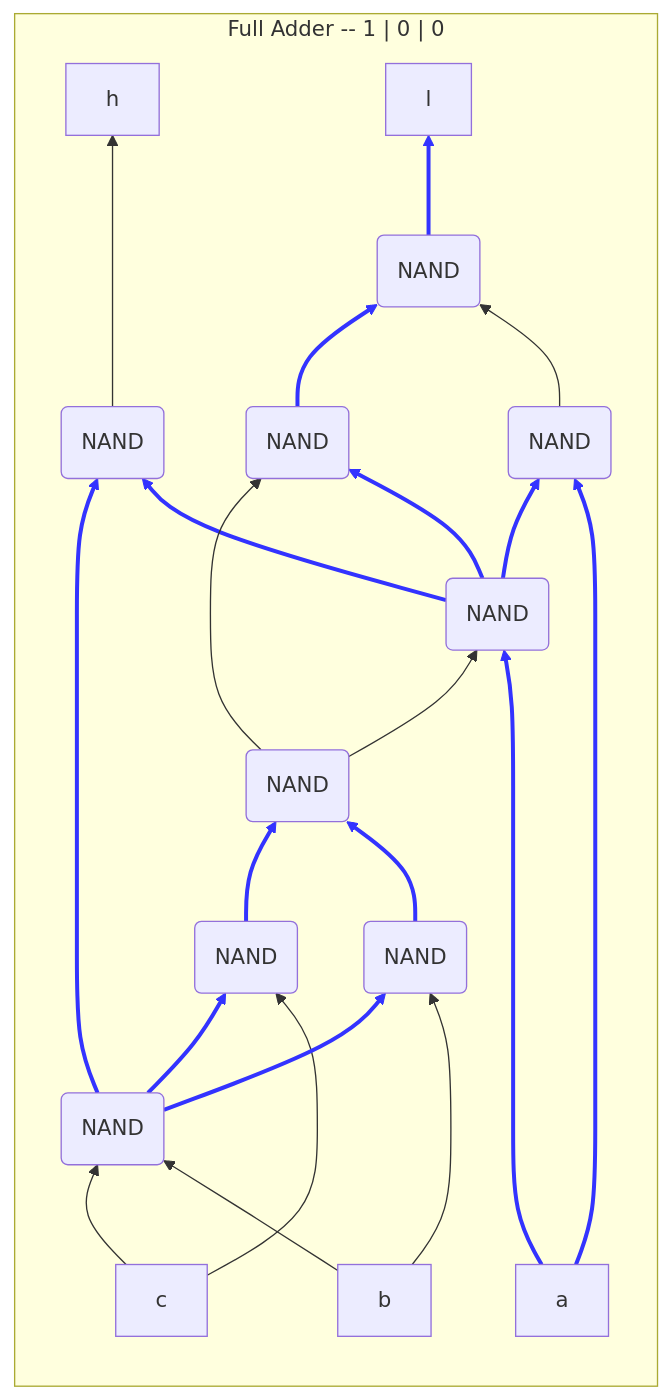
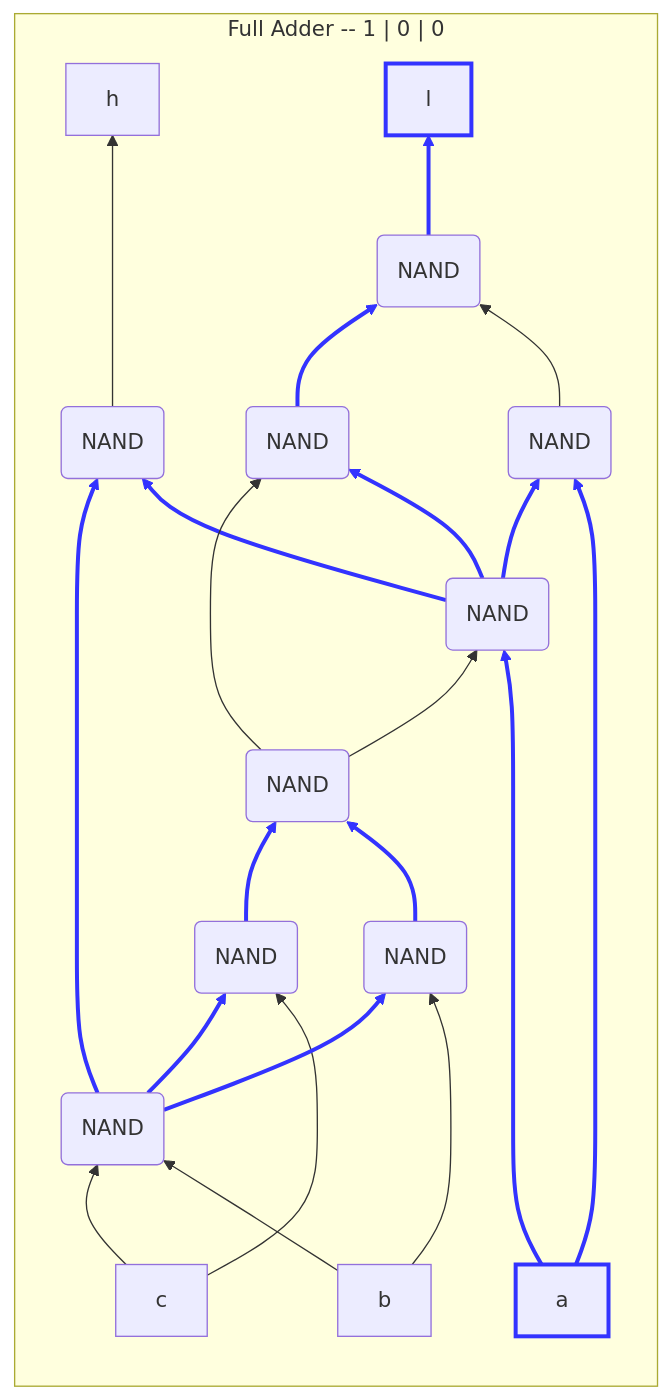
The second of 8 diagrams in arithmetic/full-adder.md (DaveyJH/nandgame), drawn with Mermaid before and after one commit. The commit also changed other lines of this file, not shown here.

````diff
--- a/arithmetic/full-adder.md
+++ b/arithmetic/full-adder.md
@@ -21,31 +21,32 @@
 ```mermaid
 flowchart BT
 subgraph "Full Adder -- 1 | 0 | 0"
 direction BT
 
-a[a]----->n1(NAND) & n2(NAND);
+a[a]:::ON----->n1(NAND) & n2(NAND);
 b[b]-->n3(NAND) & n4(NAND);
 c[c]-->n4 & n5(NAND);
 n1-->n2 & n6(NAND) & n8(NAND);
 n2-->n9(NAND);
 n3-->n7(NAND);
 n4-->n3 & n6 & n5;
 n5-->n7;
 n6--->h[h];
 n7-->n8 & n1;
 n8-->n9;
-n9-->l[l];
+n9-->l[l]:::ON;
+classDef ON stroke:#33f,stroke-width:3px;
 linkStyle 0 stroke:#33f,stroke-width:3px;
 linkStyle 1 stroke:#33f,stroke-width:3px;
 linkStyle 6 stroke:#33f,stroke-width:3px;
 linkStyle 7 stroke:#33f,stroke-width:3px;
 linkStyle 8 stroke:#33f,stroke-width:3px;
 linkStyle 11 stroke:#33f,stroke-width:3px;
 linkStyle 12 stroke:#33f,stroke-width:3px;
 linkStyle 13 stroke:#33f,stroke-width:3px;
 linkStyle 14 stroke:#33f,stroke-width:3px;
 linkStyle 10 stroke:#33f,stroke-width:3px;
 linkStyle 18 stroke:#33f,stroke-width:3px;
 linkStyle 19 stroke:#33f,stroke-width:3px;
 end
 ```
````
